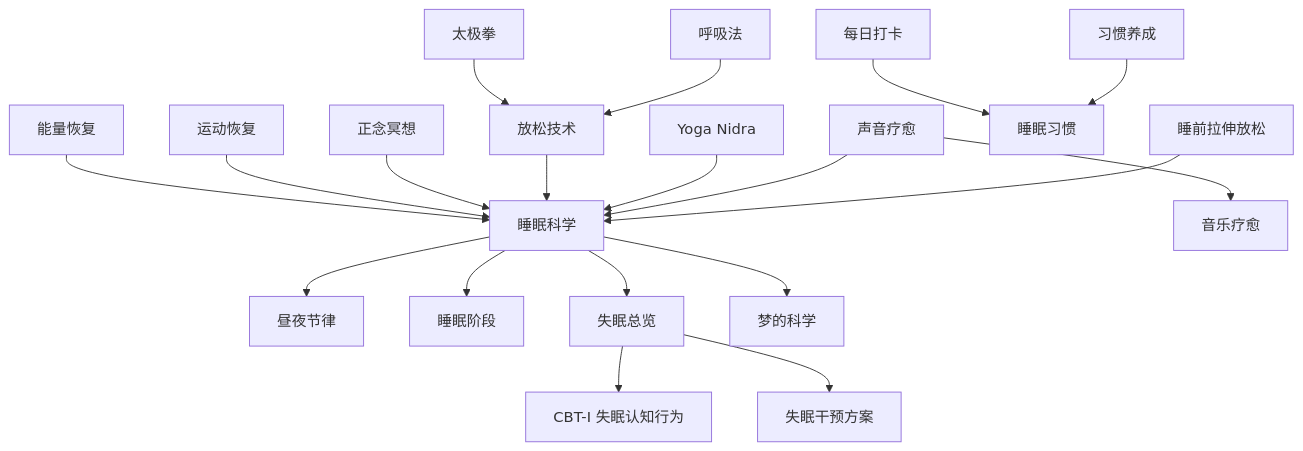
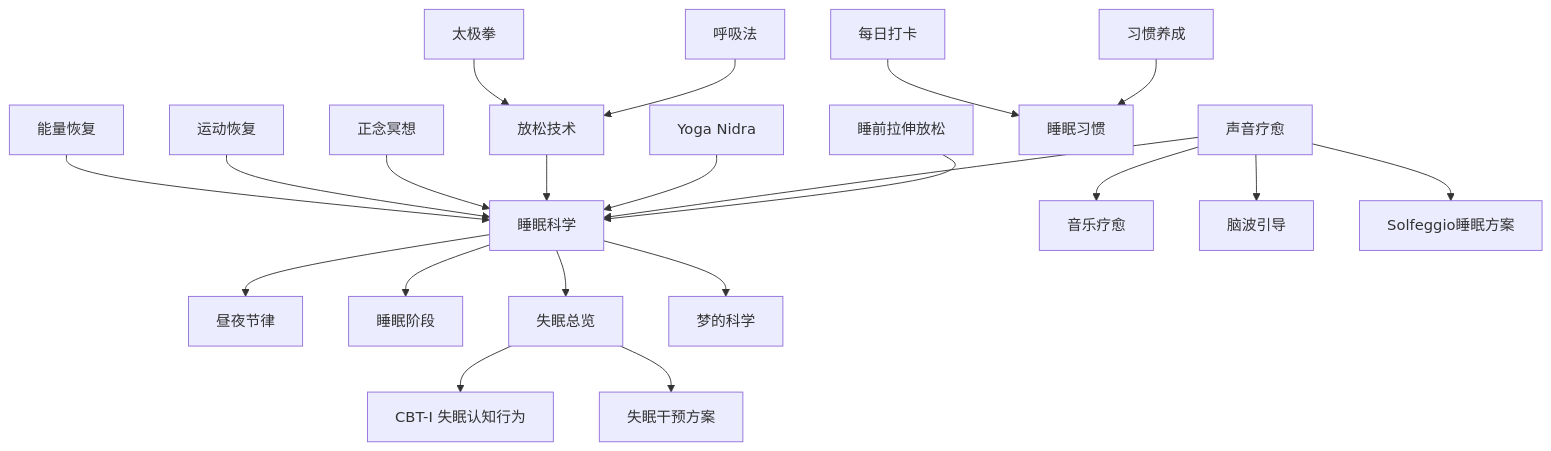
The diagram in _meta/topic-maps/Sleep_Restoration_Ecosystem.md (peace-lab-global/peace-lab-database), drawn with Mermaid before and after one commit. The commit also changed other lines of this file and 26 other files, not shown here.

````diff
--- a/_meta/topic-maps/Sleep_Restoration_Ecosystem.md
+++ b/_meta/topic-maps/Sleep_Restoration_Ecosystem.md
@@ -9,21 +9,23 @@
 ```mermaid
 graph TB
     A[睡眠科学] --> B[昼夜节律]
     A --> C[睡眠阶段]
     A --> D[失眠总览]
     D --> E[CBT-I 失眠认知行为]
     D --> F[失眠干预方案]
     A --> G[梦的科学]
     H[睡前拉伸放松] --> A
     I[声音疗愈] --> A
     J[Yoga Nidra] --> A
     K[放松技术] --> A
     L[正念冥想] --> A
     M[运动恢复] --> A
     N[呼吸法] --> K
     O[太极拳] --> K
     P[习惯养成] --> Q[睡眠习惯]
     R[每日打卡] --> Q
     S[能量恢复] --> A
     I --> T[音乐疗愈]
+    I --> U[脑波引导]
+    I --> V[Solfeggio睡眠方案]
 ```
````
